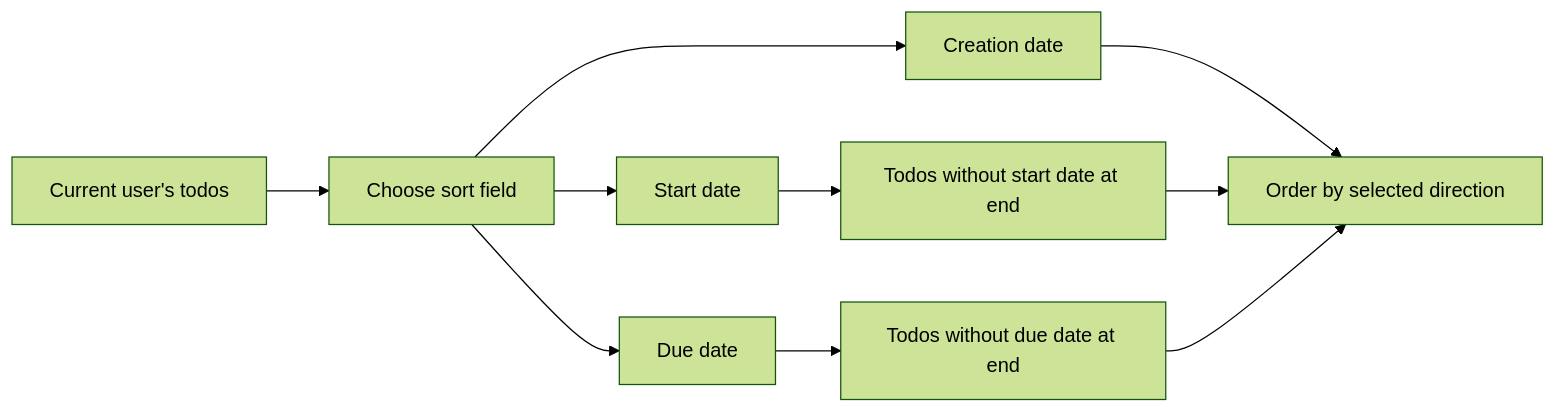
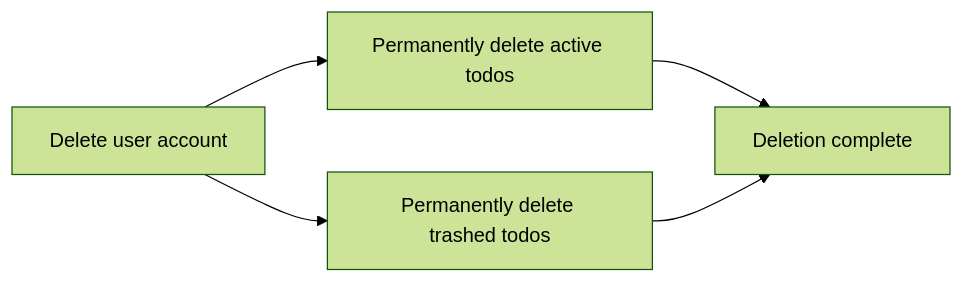
The fifth of 8 diagrams in openai/gpt-5.4-nano/todo/docs/analysis/04-business-rules.md (wrtnlabs/autobe-examples), drawn with Mermaid (forest theme) before and after one commit. The commit also changed other lines of this file and 32093 other files, not shown here.

````diff
--- a/openai/gpt-5.4-nano/todo/docs/analysis/04-business-rules.md
+++ b/openai/gpt-5.4-nano/todo/docs/analysis/04-business-rules.md
@@ -281,12 +75,7 @@
 ```mermaid
 flowchart LR
-    A["Current user's todos"] --> B["Choose sort field"]
-    B --> C["Creation date"]
-    B --> D["Start date"]
-    B --> E["Due date"]
-    D --> F["Todos without start date at end"]
-    E --> G["Todos without due date at end"]
-    C --> H["Order by selected direction"]
-    F --> H
-    G --> H
+A["Delete user account"] -->B["Permanently delete active todos"]
+A -->C["Permanently delete trashed todos"]
+B -->D["Deletion complete"]
+C -->D
 ```
````
